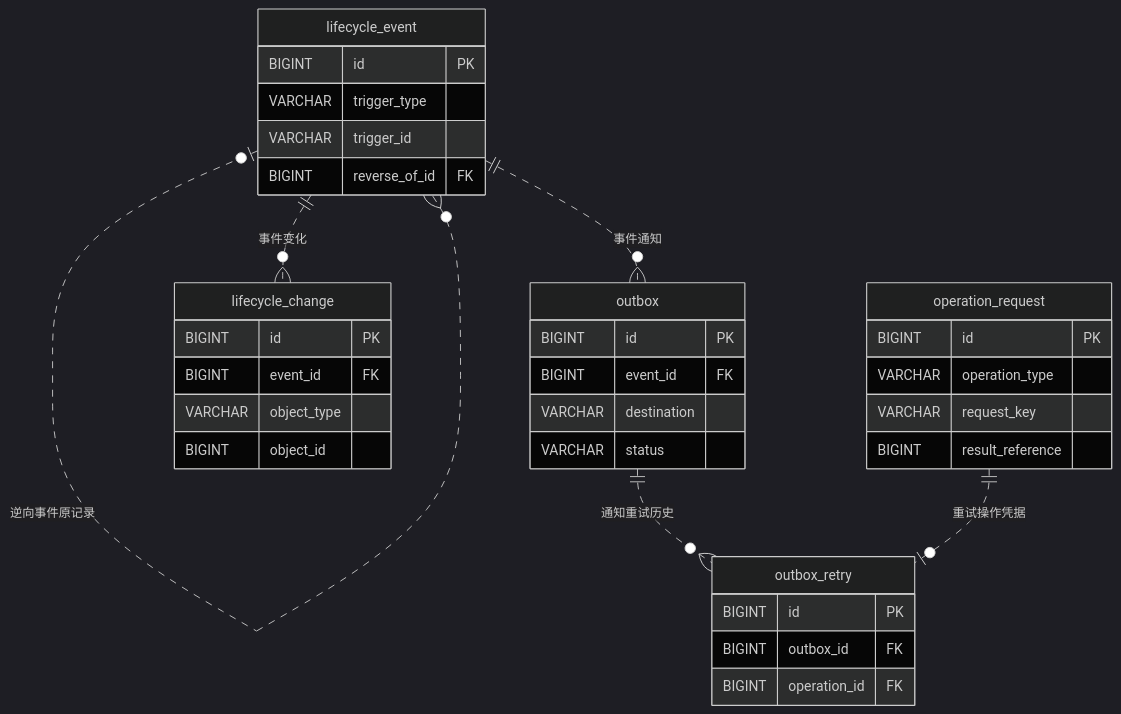
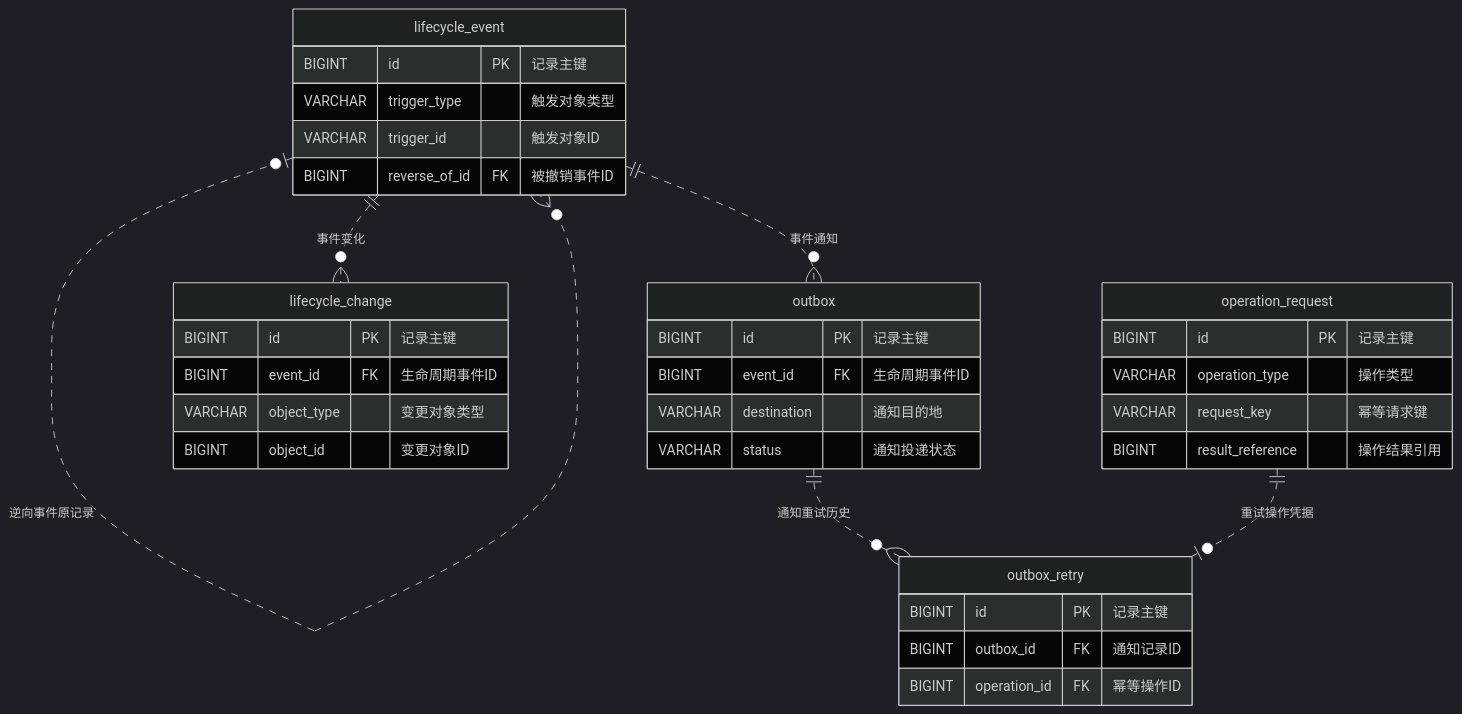
The sixth of 6 diagrams in docs/handbook/05-entity-relationships.md (PunjabLee/OMS_AR), drawn with Mermaid (dark theme) before and after one commit. The commit also changed other lines of this file, not shown here.

Commit message:
docs(ar): show Chinese field descriptions inside ER diagrams

````diff
--- a/docs/handbook/05-entity-relationships.md
+++ b/docs/handbook/05-entity-relationships.md
@@ -279,37 +279,37 @@
 ```mermaid
 erDiagram
     operation_request {
-        BIGINT id PK
-        VARCHAR operation_type
-        VARCHAR request_key
-        BIGINT result_reference
+        BIGINT id PK "记录主键"
+        VARCHAR operation_type "操作类型"
+        VARCHAR request_key "幂等请求键"
+        BIGINT result_reference "操作结果引用"
     }
     lifecycle_event {
-        BIGINT id PK
-        VARCHAR trigger_type
-        VARCHAR trigger_id
-        BIGINT reverse_of_id FK
+        BIGINT id PK "记录主键"
+        VARCHAR trigger_type "触发对象类型"
+        VARCHAR trigger_id "触发对象ID"
+        BIGINT reverse_of_id FK "被撤销事件ID"
     }
     lifecycle_change {
-        BIGINT id PK
-        BIGINT event_id FK
-        VARCHAR object_type
-        BIGINT object_id
+        BIGINT id PK "记录主键"
+        BIGINT event_id FK "生命周期事件ID"
+        VARCHAR object_type "变更对象类型"
+        BIGINT object_id "变更对象ID"
     }
     outbox {
-        BIGINT id PK
-        BIGINT event_id FK
-        VARCHAR destination
-        VARCHAR status
+        BIGINT id PK "记录主键"
+        BIGINT event_id FK "生命周期事件ID"
+        VARCHAR destination "通知目的地"
+        VARCHAR status "通知投递状态"
     }
     outbox_retry {
-        BIGINT id PK
-        BIGINT outbox_id FK
-        BIGINT operation_id FK
+        BIGINT id PK "记录主键"
+        BIGINT outbox_id FK "通知记录ID"
+        BIGINT operation_id FK "幂等操作ID"
     }
     lifecycle_event o|..o{ lifecycle_event : "逆向事件原记录"
     lifecycle_event ||..o{ lifecycle_change : "事件变化"
     lifecycle_event ||..o{ outbox : "事件通知"
     outbox ||..o{ outbox_retry : "通知重试历史"
     operation_request ||..o| outbox_retry : "重试操作凭据"
 ```
````
